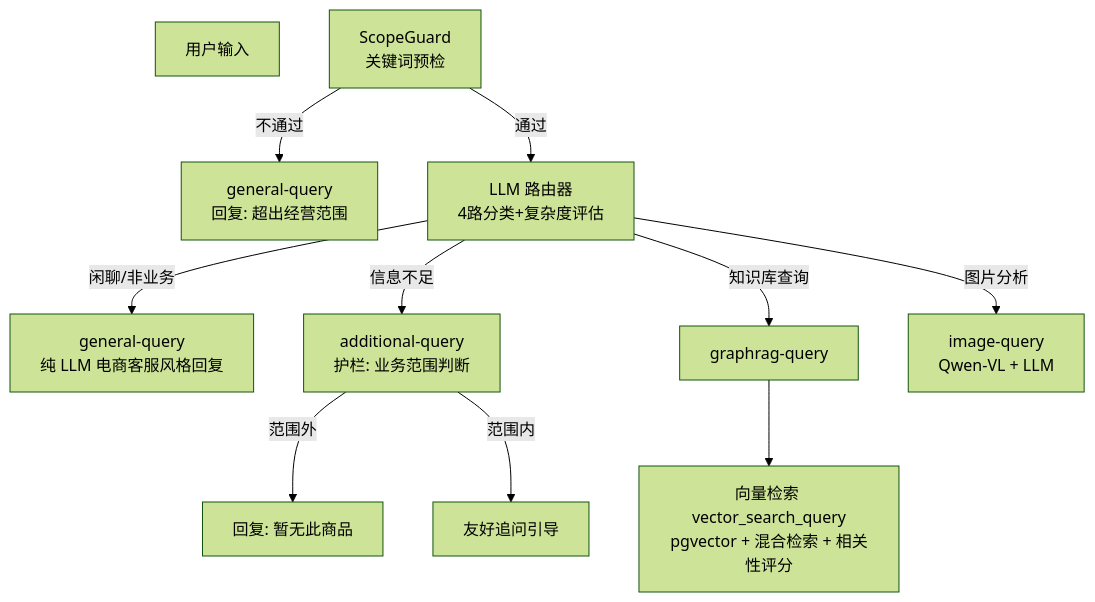
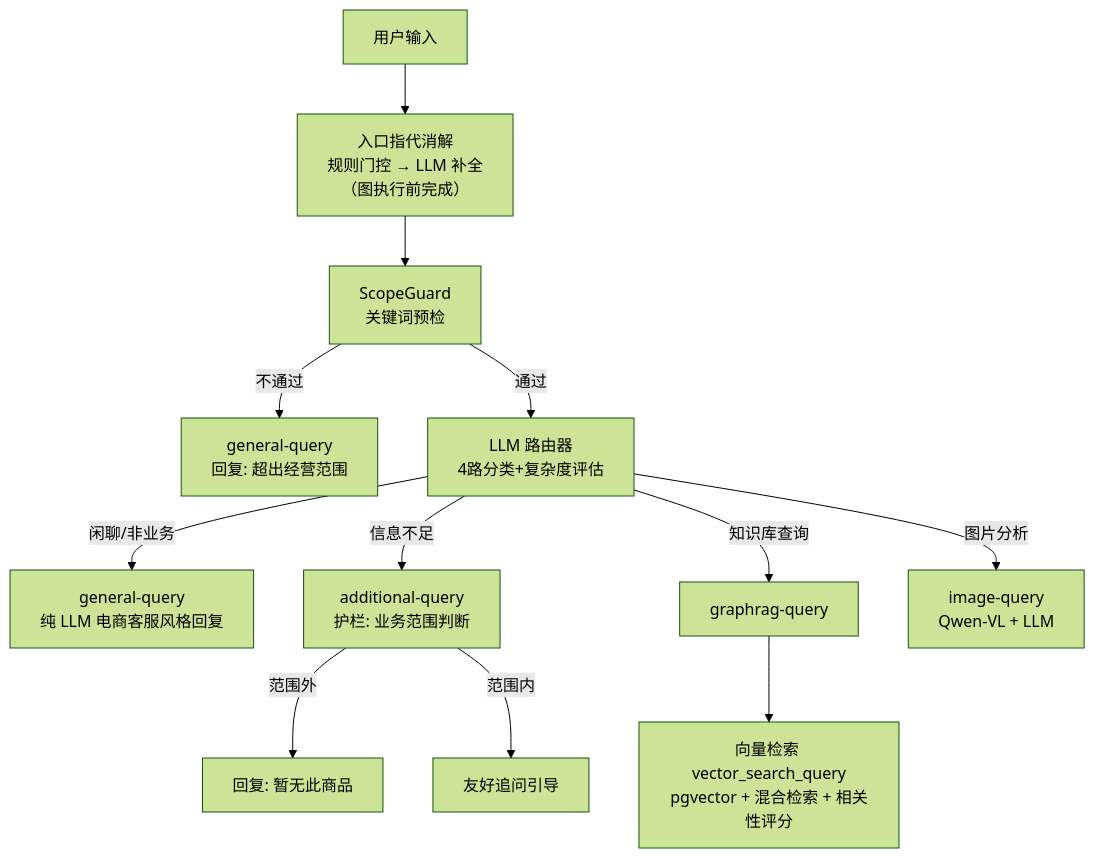
The eighth of 14 diagrams in docs/PROJECT_ANALYSIS.md (blowt16/SmartCS-Agent), drawn with Mermaid (forest theme) before and after one commit. The commit also changed other lines of this file, not shown here.

````diff
--- a/docs/PROJECT_ANALYSIS.md
+++ b/docs/PROJECT_ANALYSIS.md
@@ -477,16 +493,19 @@
 ```mermaid
 flowchart TD
     Q["用户输入"]
+    RESOLVE["入口指代消解<br/>规则门控 → LLM 补全<br/>（图执行前完成）"]
     SG["ScopeGuard<br/>关键词预检"]
+    Q --> RESOLVE
+    RESOLVE --> SG
     SG -->|不通过| GEN["general-query<br/>回复: 超出经营范围"]
     SG -->|通过| ROUTER["LLM 路由器<br/>4路分类+复杂度评估"]
 
     ROUTER -->|"闲聊/非业务"| GEN2["general-query<br/>纯 LLM 电商客服风格回复"]
     ROUTER -->|"信息不足"| ADD["additional-query<br/>护栏: 业务范围判断"]
     ADD -->|"范围外"| REJECT["回复: 暂无此商品"]
     ADD -->|"范围内"| ASK["友好追问引导"]
     ROUTER -->|"知识库查询"| KG["graphrag-query"]
     ROUTER -->|"图片分析"| IMG["image-query<br/>Qwen-VL + LLM"]
 
     KG --> GRAG["向量检索 vector_search_query<br/>pgvector + 混合检索 + 相关性评分"]
 ```
````
